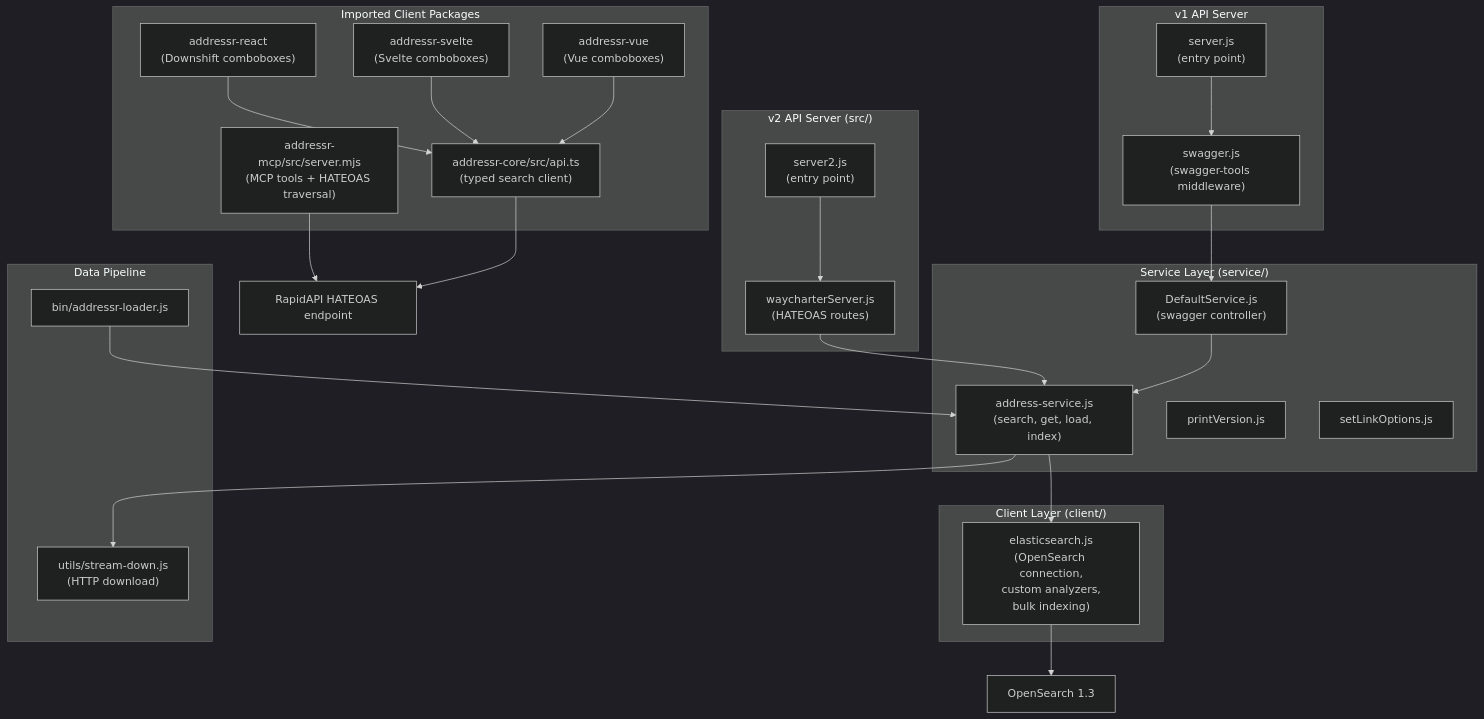
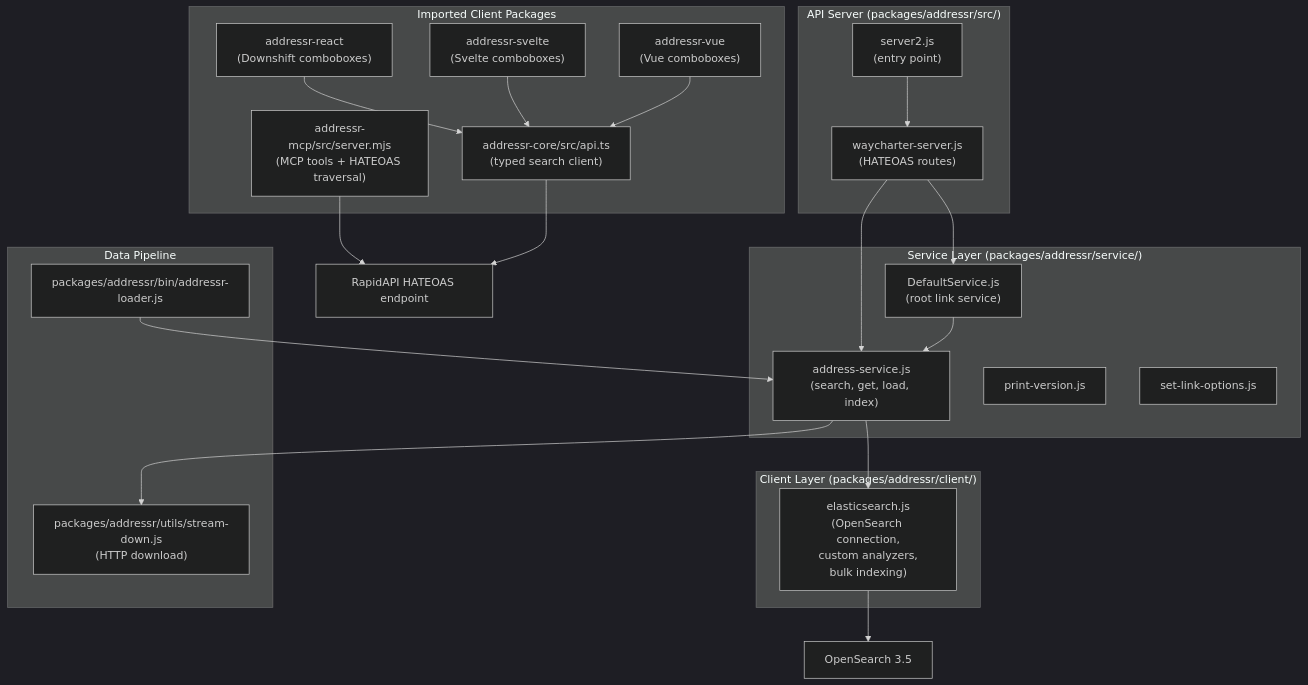
Before and after one commit to mountain-pass/addressr: the fourth of 7 diagrams in docs/architecture/C4_MODEL.md, drawn with Mermaid (dark theme). The commit also changed other lines of this file and 50 other files, not shown here.

````diff
--- a/docs/architecture/C4_MODEL.md
+++ b/docs/architecture/C4_MODEL.md
@@ -103,55 +158,49 @@
 ```mermaid
 flowchart TB
-  subgraph api["v2 API Server (src/)"]
+  subgraph api["API Server (packages/addressr/src/)"]
     server2["server2.js<br/>(entry point)"]
-    waycharter["waycharterServer.js<br/>(HATEOAS routes)"]
+    waycharter["waycharter-server.js<br/>(HATEOAS routes)"]
   end
 
-  subgraph service["Service Layer (service/)"]
+  subgraph service["Service Layer (packages/addressr/service/)"]
     addressService["address-service.js<br/>(search, get, load, index)"]
-    defaultService["DefaultService.js<br/>(swagger controller)"]
-    printVersion["printVersion.js"]
-    setLinkOptions["setLinkOptions.js"]
+    defaultService["DefaultService.js<br/>(root link service)"]
+    printVersion["print-version.js"]
+    setLinkOptions["set-link-options.js"]
   end
 
-  subgraph client["Client Layer (client/)"]
+  subgraph client["Client Layer (packages/addressr/client/)"]
     esClient["elasticsearch.js<br/>(OpenSearch connection,<br/>custom analyzers,<br/>bulk indexing)"]
   end
 
   subgraph data["Data Pipeline"]
-    loaderBin["bin/addressr-loader.js"]
-    streamDown["utils/stream-down.js<br/>(HTTP download)"]
+    loaderBin["packages/addressr/bin/addressr-loader.js"]
+    streamDown["packages/addressr/utils/stream-down.js<br/>(HTTP download)"]
   end
 
-  subgraph swagger["v1 API Server"]
-    serverV1["server.js<br/>(entry point)"]
-    swaggerDef["swagger.js<br/>(swagger-tools middleware)"]
-  end
-
-  opensearch["OpenSearch 1.3"]
+  opensearch["OpenSearch 3.5"]
 
   subgraph clients["Imported Client Packages"]
     mcpServer["addressr-mcp/src/server.mjs<br/>(MCP tools + HATEOAS traversal)"]
     coreSdk["addressr-core/src/api.ts<br/>(typed search client)"]
     reactAdapter["addressr-react<br/>(Downshift comboboxes)"]
     svelteAdapter["addressr-svelte<br/>(Svelte comboboxes)"]
     vueAdapter["addressr-vue<br/>(Vue comboboxes)"]
   end
 
   rapidapi["RapidAPI HATEOAS endpoint"]
 
   server2 --> waycharter
   waycharter --> addressService
-  serverV1 --> swaggerDef
-  swaggerDef --> defaultService
+  waycharter --> defaultService
   defaultService --> addressService
   addressService --> esClient
   loaderBin --> addressService
   addressService --> streamDown
   esClient --> opensearch
   mcpServer --> rapidapi
   coreSdk --> rapidapi
   reactAdapter --> coreSdk
   svelteAdapter --> coreSdk
   vueAdapter --> coreSdk
 ```
````
